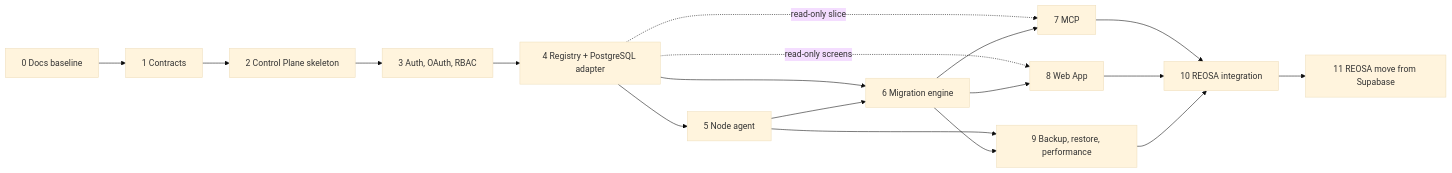
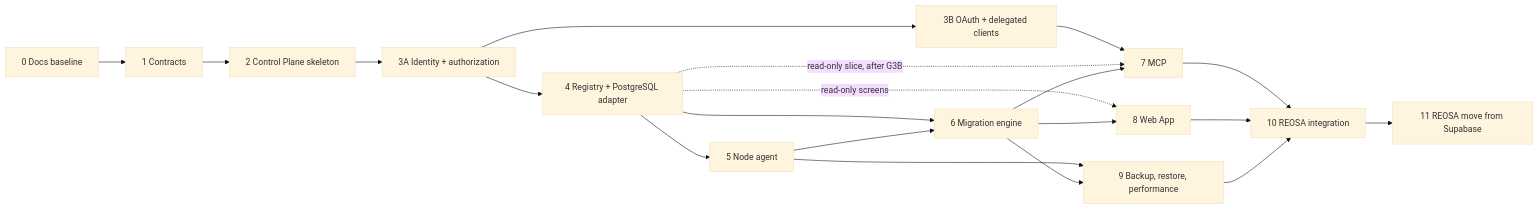
Before and after one commit to davdxpx/ExponetDB: the diagram in exponetdb-docs/14-roadmap/implementation-waves.md, drawn with Mermaid (base theme). The commit also changed other lines of this file and 14 other files, not shown here.

First line of the commit message:
docs: split identity and oauth roadmap

````diff
--- a/exponetdb-docs/14-roadmap/implementation-waves.md
+++ b/exponetdb-docs/14-roadmap/implementation-waves.md
@@ -15,20 +17,22 @@
 ```mermaid
 flowchart LR
   W0[0 Docs baseline] --> W1[1 Contracts]
   W1 --> W2[2 Control Plane skeleton]
-  W2 --> W3[3 Auth, OAuth, RBAC]
-  W3 --> W4[4 Registry + PostgreSQL adapter]
+  W2 --> W3A[3A Identity + authorization]
+  W3A --> W4[4 Registry + PostgreSQL adapter]
+  W3A --> W3B[3B OAuth + delegated clients]
   W4 --> W5[5 Node agent]
   W4 --> W6[6 Migration engine]
   W5 --> W6
-  W4 -.read-only slice.-> W7[7 MCP]
+  W3B --> W7[7 MCP]
+  W4 -.read-only slice, after G3B.-> W7
   W6 --> W7
   W4 -.read-only screens.-> W8[8 Web App]
   W6 --> W8
   W5 --> W9[9 Backup, restore, performance]
   W6 --> W9
   W7 --> W10[10 REOSA integration]
   W8 --> W10
   W9 --> W10
   W10 --> W11[11 REOSA move from Supabase]
 ```
````
